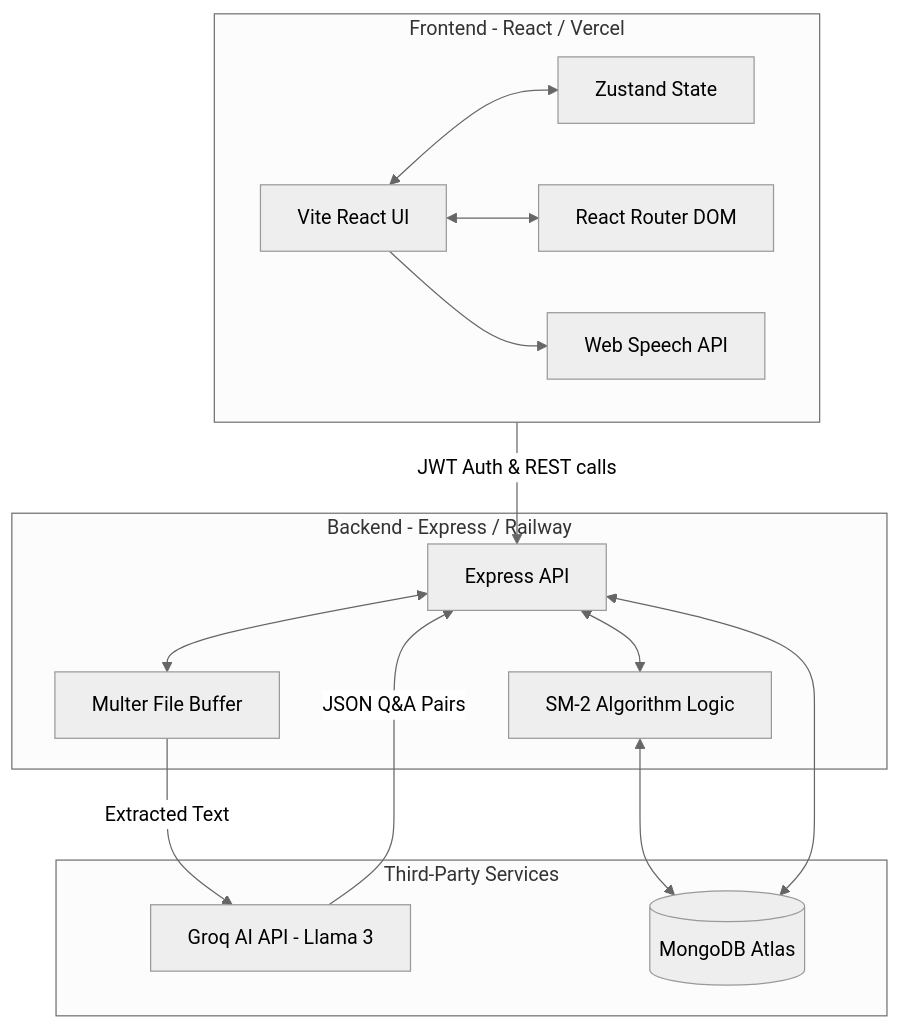
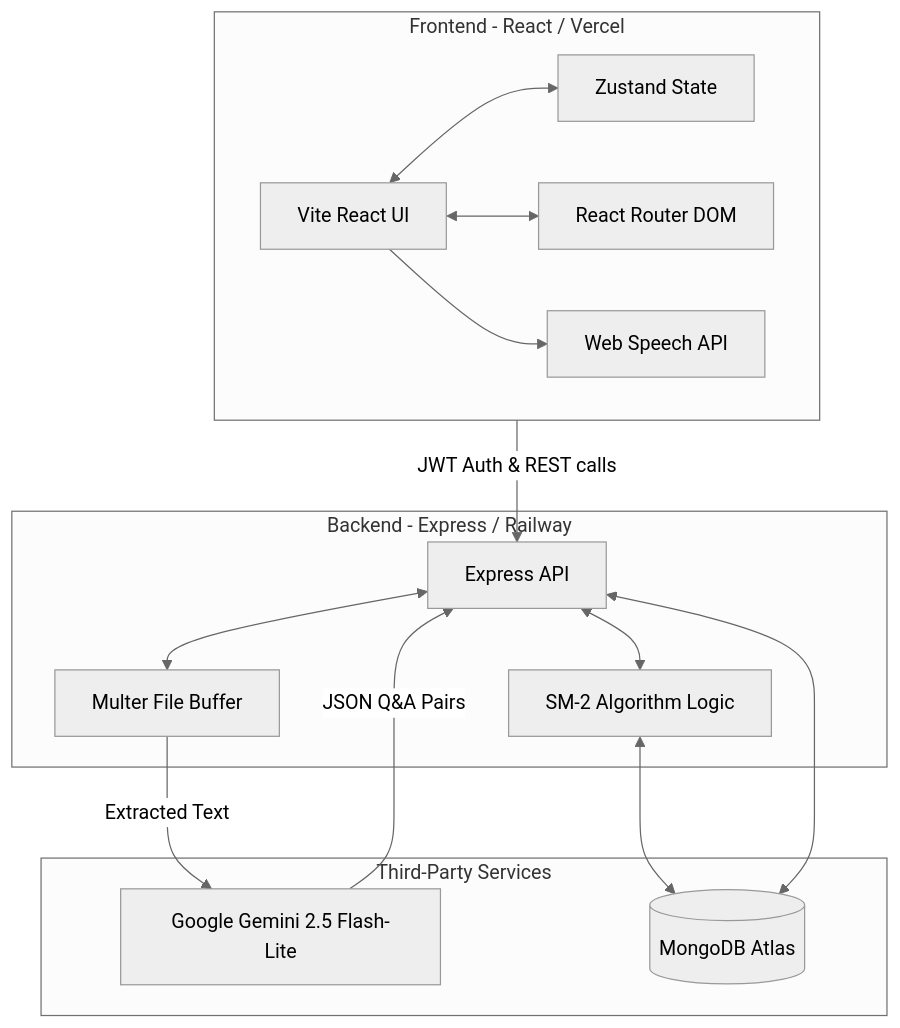
The diagram in README.md (ketandayke/flashmind), drawn with Mermaid (neutral theme) before and after one commit. The commit also changed other lines of this file and 8 other files, not shown here.

Commit message:
Update api service to gemini

````diff
--- a/README.md
+++ b/README.md
@@ -43,37 +43,37 @@
 ```mermaid
 graph TD
     %% Frontend Layer
     subgraph Client [Frontend - React / Vercel]
         UI[Vite React UI]
         State[Zustand State]
         Router[React Router DOM]
         Speach[Web Speech API]
         
         UI <--> State
         UI <--> Router
         UI --> Speach
     end
 
     %% Backend Layer
     subgraph Core [Backend - Express / Railway]
         API[Express API]
         Uploads[Multer File Buffer]
         SM2[SM-2 Algorithm Logic]
         
         API <--> SM2
         API <--> Uploads
     end
 
     %% External Services
     subgraph External [Third-Party Services]
-        Groq[Groq AI API - Llama 3]
+        Gemini[Google Gemini 2.5 Flash-Lite]
         Mongo[(MongoDB Atlas)]
     end
 
     %% Flow Dynamics
     Client -- "JWT Auth & REST calls" --> API
-    Uploads -- "Extracted Text" --> Groq
-    Groq -- "JSON Q&A Pairs" --> API
+    Uploads -- "Extracted Text" --> Gemini
+    Gemini -- "JSON Q&A Pairs" --> API
     SM2 <--> Mongo
     API <--> Mongo
 ```
````
